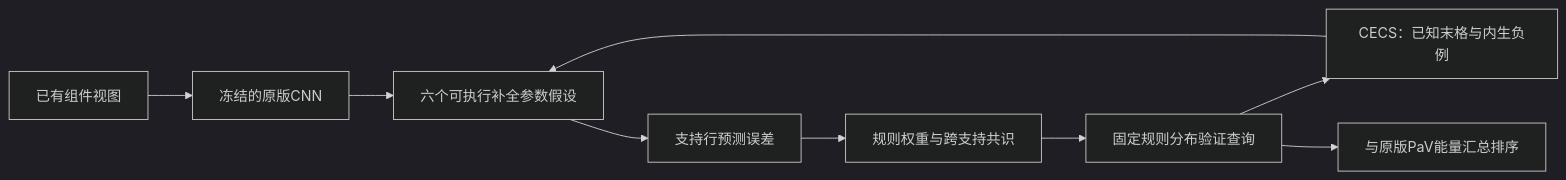
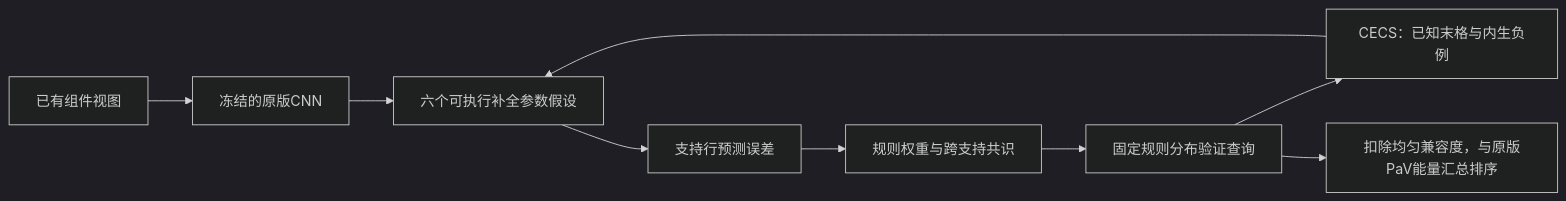
The diagram in research/component-program-ssl/design.md (c-xy-c/DARR-MNR), drawn with Mermaid (dark theme) before and after one commit. The commit also changed other lines of this file and 61 other files, not shown here.

````diff
--- a/research/component-program-ssl/design.md
+++ b/research/component-program-ssl/design.md
@@ -94,11 +109,11 @@
 ```mermaid
 flowchart LR
   A[已有组件视图] --> B[冻结的原版CNN]
   B --> C[六个可执行补全参数假设]
   C --> D[支持行预测误差]
   D --> E[规则权重与跨支持共识]
   E --> F[固定规则分布验证查询]
   F --> G[CECS：已知末格与内生负例]
-  F --> H[与原版PaV能量汇总排序]
+  F --> H[扣除均匀兼容度，与原版PaV能量汇总排序]
   G --> C
 ```
````
